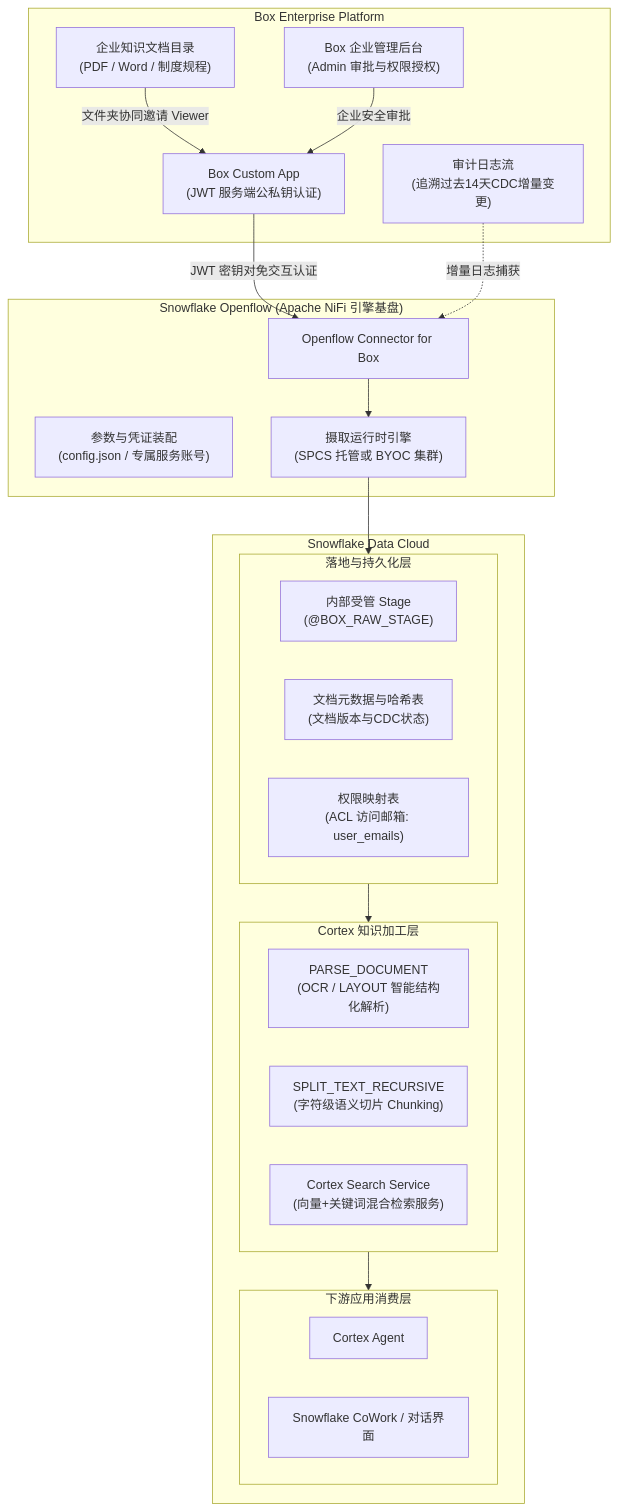
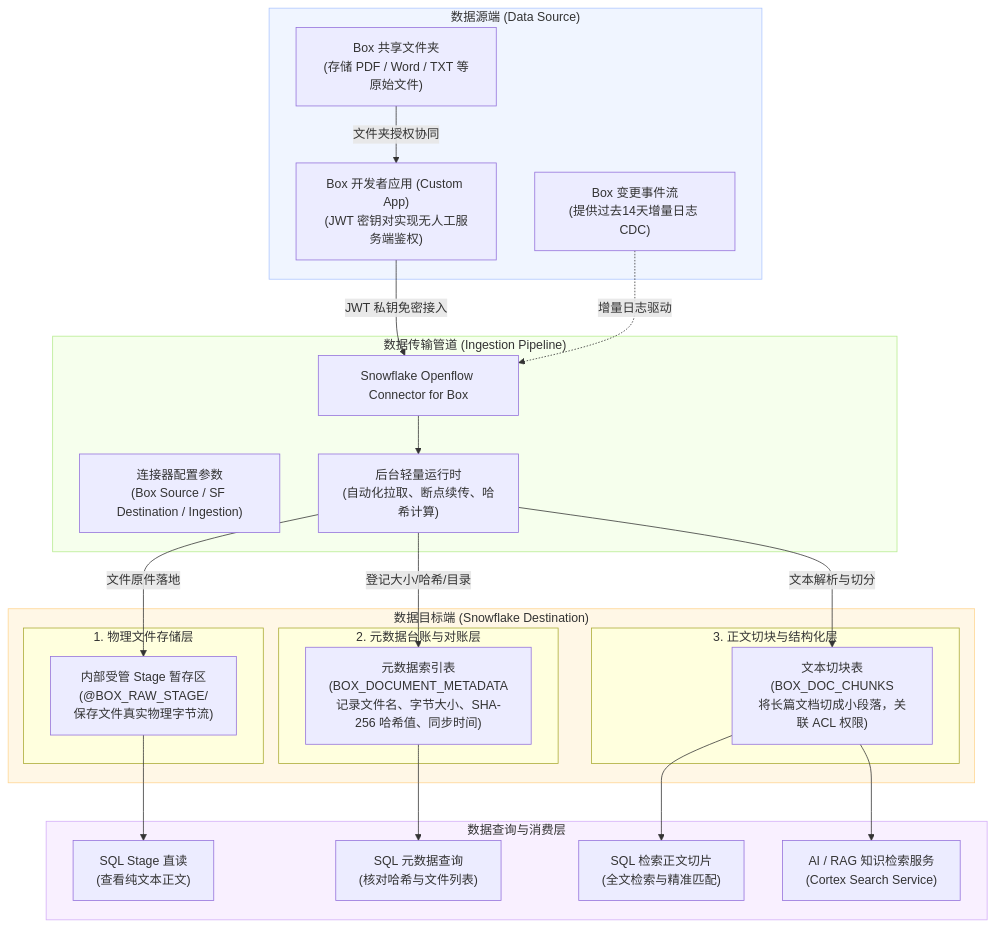
Before and after one commit to BIGMAX-RKO007/snowflakeblog: the diagram in docs/zh/07_openflow_box_integration.md, drawn with Mermaid. The commit also changed other lines of this file and 1 other file, not shown here.

Commit message:
docs(ch07): refactor from pure data sync & engineering perspective for beginners, removing banking business jargon

````diff
--- a/docs/zh/07_openflow_box_integration.md
+++ b/docs/zh/07_openflow_box_integration.md
@@ -11,43 +23,52 @@
 ```mermaid
 flowchart TD
-    subgraph Box["Box Enterprise Platform"]
-        B1["企业知识文档目录<br/>(PDF / Word / 制度规程)"]
-        B2["Box Custom App<br/>(JWT 服务端公私钥认证)"]
-        B3["Box 企业管理后台<br/>(Admin 审批与权限授权)"]
-        B4["审计日志流<br/>(追溯过去14天CDC增量变更)"]
+    subgraph Source["数据源端 (Data Source)"]
+        B1["Box 共享文件夹<br/>(存储 PDF / Word / TXT 等原始文件)"]
+        B2["Box 开发者应用 (Custom App)<br/>(JWT 密钥对实现无人工服务端鉴权)"]
+        B3["Box 变更事件流<br/>(提供过去14天增量日志 CDC)"]
     end
 
-    subgraph Openflow["Snowflake Openflow (Apache NiFi 引擎基盘)"]
-        O1["Openflow Connector for Box"]
-        O2["参数与凭证装配<br/>(config.json / 专属服务账号)"]
-        O3["摄取运行时引擎<br/>(SPCS 托管或 BYOC 集群)"]
+    subgraph Pipeline["数据传输管道 (Ingestion Pipeline)"]
+        O1["Snowflake Openflow Connector for Box"]
+        O2["连接器配置参数<br/>(Box Source / SF Destination / Ingestion)"]
+        O3["后台轻量运行时<br/>(自动化拉取、断点续传、哈希计算)"]
     end
 
-    subgraph Snowflake["Snowflake Data Cloud"]
-        subgraph Landing["落地与持久化层"]
-            S1["内部受管 Stage<br/>(@BOX_RAW_STAGE)"]
-            S2["文档元数据与哈希表<br/>(文档版本与CDC状态)"]
-            S3["权限映射表<br/>(ACL 访问邮箱: user_emails)"]
+    subgraph Destination["数据目标端 (Snowflake Destination)"]
+        subgraph Physical["1. 物理文件存储层"]
+            S1["内部受管 Stage 暂存区<br/>(@BOX_RAW_STAGE/<br/>保存文件真实物理字节流)"]
         end
 
-        subgraph Cortex["Cortex 知识加工层"]
-            C1["PARSE_DOCUMENT<br/>(OCR / LAYOUT 智能结构化解析)"]
-            C2["SPLIT_TEXT_RECURSIVE<br/>(字符级语义切片 Chunking)"]
-            C3["Cortex Search Service<br/>(向量+关键词混合检索服务)"]
+        subgraph Metadata["2. 元数据台账与对账层"]
+            S2["元数据索引表<br/>(BOX_DOCUMENT_METADATA<br/>记录文件名、字节大小、SHA-256 哈希值、同步时间)"]
         end
 
-        subgraph Consumption["下游应用消费层"]
-            A1["Cortex Agent"]
-            A2["Snowflake CoWork / 对话界面"]
+        subgraph TextLayer["3. 正文切块与结构化层"]
+            S3["文本切块表<br/>(BOX_DOC_CHUNKS<br/>将长篇文档切成小段落，关联 ACL 权限)"]
         end
     end
 
-    B1 -->|文件夹协同邀请 Viewer| B2
-    B2 -->|JWT 密钥对免交互认证| O1
-    B3 -->|企业安全审批| B2
-    B4 -.->|增量日志捕获| O1
+    subgraph QueryLayer["数据查询与消费层"]
+        Q1["SQL Stage 直读<br/>(查看纯文本正文)"]
+        Q2["SQL 元数据查询<br/>(核对哈希与文件列表)"]
+        Q3["SQL 检索正文切片<br/>(全文检索与精准匹配)"]
+        Q4["AI / RAG 知识检索服务<br/>(Cortex Search Service)"]
+    end
+
+    B1 -->|文件夹授权协同| B2
+    B2 -->|JWT 私钥免密接入| O1
+    B3 -.->|增量日志驱动| O1
     O1 --> O3
-    O3 --> Landing
-    Landing --> Cortex
-    Cortex --> Consumption
+    O3 -->|文件原件落地| S1
+    O3 -->|登记大小/哈希/目录| S2
+    O3 -->|文本解析与切分| S3
+    S1 --> Q1
+    S2 --> Q2
+    S3 --> Q3
+    S3 --> Q4
+
+    style Source fill:#f0f5ff,stroke:#adc6ff
+    style Pipeline fill:#f6ffed,stroke:#b7eb8f
+    style Destination fill:#fff7e6,stroke:#ffd591
+    style QueryLayer fill:#f9f0ff,stroke:#d3adf7
 ```
````
